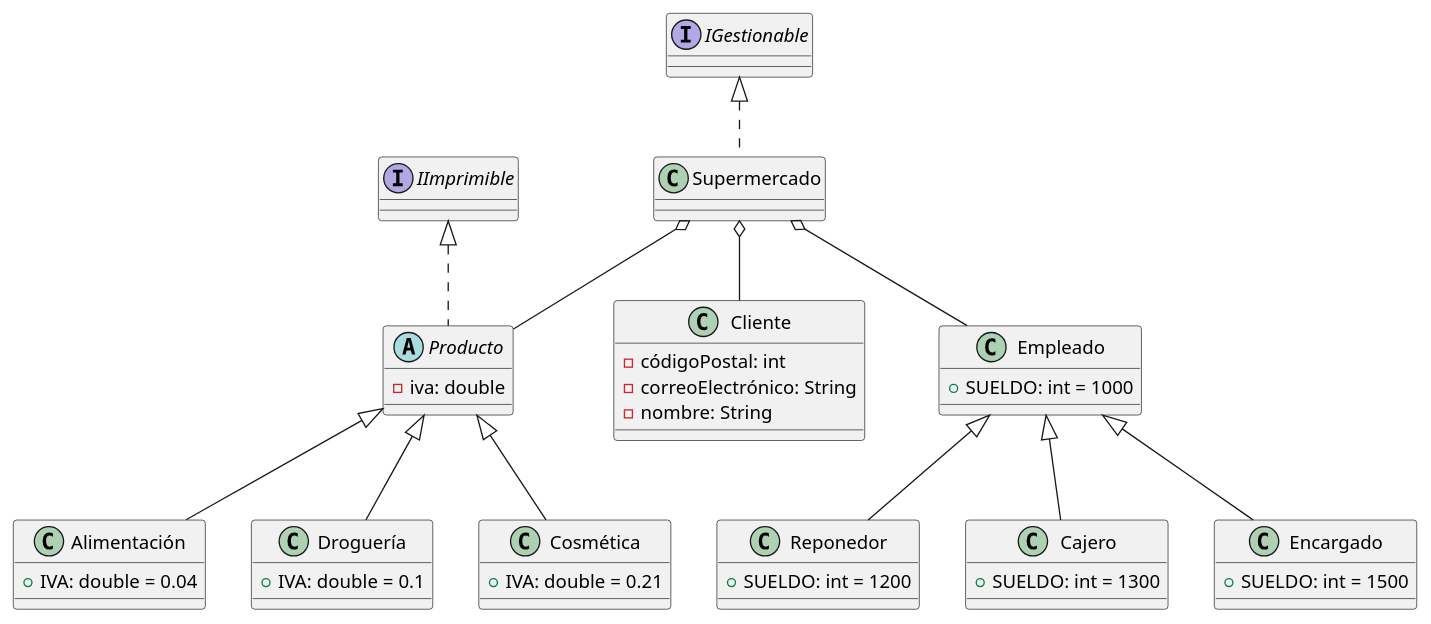
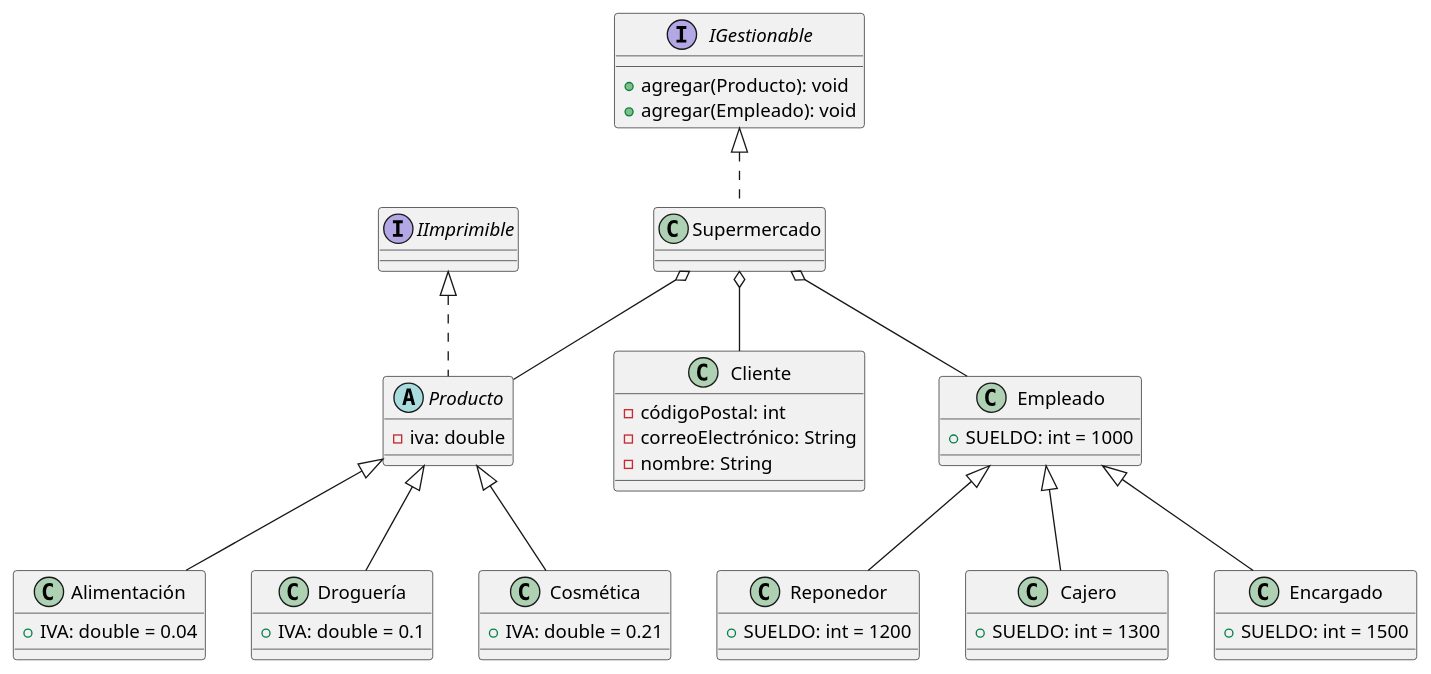
Before and after one commit to RaulGoFer/MercaDAW: the diagram in diseño/MercaDAW.pu, drawn with PlantUML. The commit also changed 10 other files, not shown here.

```diff
--- a/diseño/MercaDAW.pu
+++ b/diseño/MercaDAW.pu
@@ -1,65 +1,66 @@
 @startuml
 
 class Supermercado{
     
 }
 
 class Cliente{
     - códigoPostal: int
     - correoElectrónico: String
     - nombre: String
 }
 
 abstract class Producto{
     - iva: double
 }
 
 class Alimentación{
     + IVA: double = 0.04   
 }
 
 class Droguería{
     + IVA: double = 0.1    
 }
 
 class Cosmética{
     + IVA: double = 0.21    
 }
 
 class Empleado{
     + SUELDO: int = 1000
 }
 
 class Reponedor{
     + SUELDO: int = 1200
 }
 
 class Cajero{
     + SUELDO: int = 1300
 }
 
 class Encargado{
     + SUELDO: int = 1500   
 }
 
 interface IGestionable{
-
+	+ agregar(Producto): void
+    + agregar(Empleado): void
 }
 
 interface IImprimible{
     
 }
 
 Supermercado o-- Producto
 Supermercado o-- Empleado
 Supermercado o-- Cliente
 Producto <|-- Alimentación
 Producto <|-- Droguería
 Producto <|-- Cosmética
 Empleado <|-- Reponedor
 Empleado <|-- Cajero
 Empleado <|-- Encargado
 IGestionable <|.. Supermercado
 IImprimible <|.. Producto
 
 @enduml
```
